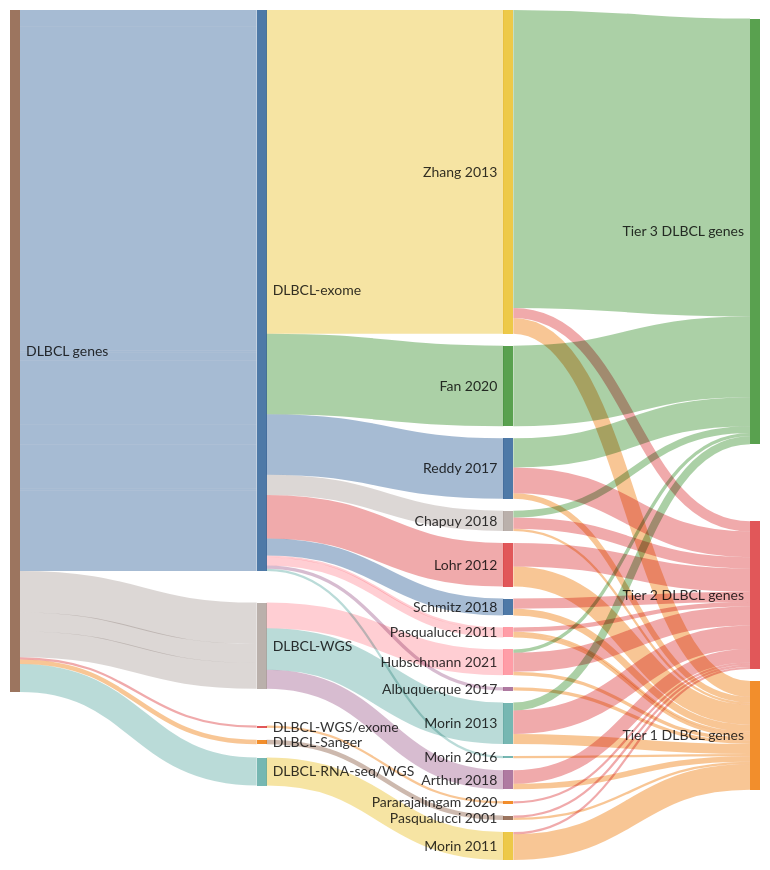
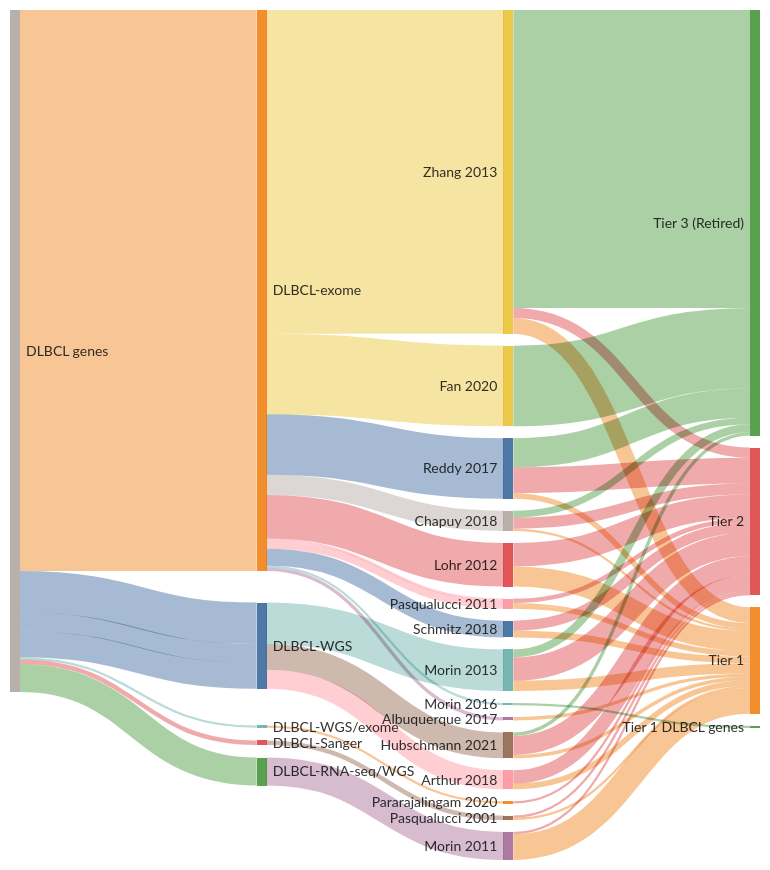
The diagram in DLBCL_genes.md (morinlab/lymphopedia), drawn with Mermaid before and after one commit.

````diff
--- a/DLBCL_genes.md
+++ b/DLBCL_genes.md
@@ -10,76 +10,76 @@
 ```mermaid
 ---
 config:
   sankey:
     showValues: false
     linkColor: target
     width: 750
     height: 850
     nodeAlignment: right
 ---
 sankey-beta
-Schmitz 2018, Tier 1 DLBCL genes, 6
-Schmitz 2018, Tier 2 DLBCL genes, 9
-Morin 2013, Tier 1 DLBCL genes, 9
-Morin 2013, Tier 2 DLBCL genes, 21
-Morin 2013, Tier 3 DLBCL genes, 7
-Zhang 2013, Tier 1 DLBCL genes, 14
-Zhang 2013, Tier 2 DLBCL genes, 9
-Zhang 2013, Tier 3 DLBCL genes, 266
-Albuquerque 2017, Tier 1 DLBCL genes, 3
-Pasqualucci 2011, Tier 1 DLBCL genes, 2
-Pasqualucci 2011, Tier 1 DLBCL genes, 3
-Pasqualucci 2011, Tier 2 DLBCL genes, 4
-Pasqualucci 2001, Tier 1 DLBCL genes, 2
-Pasqualucci 2001, Tier 2 DLBCL genes, 2
-Chapuy 2018, Tier 1 DLBCL genes, 2
-Chapuy 2018, Tier 2 DLBCL genes, 10
-Chapuy 2018, Tier 3 DLBCL genes, 6
-Reddy 2017, Tier 1 DLBCL genes, 5
-Reddy 2017, Tier 2 DLBCL genes, 23
-Reddy 2017, Tier 3 DLBCL genes, 26
-Pararajalingam 2020, Tier 2 DLBCL genes, 2
-Lohr 2012, Tier 1 DLBCL genes, 18
-Lohr 2012, Tier 2 DLBCL genes, 21
+Schmitz 2018, Tier 1, 6
+Schmitz 2018, Tier 2, 9
+Morin 2013, Tier 1, 9
+Morin 2013, Tier 2, 21
+Morin 2013, Tier 3 (Retired), 7
+Zhang 2013, Tier 1, 14
+Zhang 2013, Tier 2, 9
+Zhang 2013, Tier 3 (Retired), 266
+Albuquerque 2017, Tier 1, 3
+Pasqualucci 2011, Tier 1, 2
+Pasqualucci 2011, Tier 1, 3
+Pasqualucci 2011, Tier 2, 4
+Pasqualucci 2001, Tier 1, 2
+Pasqualucci 2001, Tier 2, 2
+Chapuy 2018, Tier 1, 2
+Chapuy 2018, Tier 2, 10
+Chapuy 2018, Tier 3 (Retired), 6
+Reddy 2017, Tier 1, 5
+Reddy 2017, Tier 2, 23
+Reddy 2017, Tier 3 (Retired), 26
+Pararajalingam 2020, Tier 2, 2
+Lohr 2012, Tier 1, 18
+Lohr 2012, Tier 2, 21
 Morin 2016, Tier 1 DLBCL genes, 2
-Fan 2020, Tier 3 DLBCL genes, 72
-Morin 2011, Tier 1 DLBCL genes, 23
-Morin 2011, Tier 2 DLBCL genes, 2
-Arthur 2018, Tier 1 DLBCL genes, 5
-Arthur 2018, Tier 2 DLBCL genes, 12
-Hubschmann 2021, Tier 1 DLBCL genes, 3
-Hubschmann 2021, Tier 2 DLBCL genes, 17
-Hubschmann 2021, Tier 3 DLBCL genes, 3
+Fan 2020, Tier 3 (Retired), 72
+Morin 2011, Tier 1, 23
+Morin 2011, Tier 2, 2
+Arthur 2018, Tier 1, 5
+Arthur 2018, Tier 2, 12
+Hubschmann 2021, Tier 1, 3
+Hubschmann 2021, Tier 2, 17
+Hubschmann 2021, Tier 3 (Retired), 3
 DLBCL genes, DLBCL-WGS, 37
 DLBCL-WGS, Morin 2013, 37
 DLBCL genes, DLBCL-exome, 15
 DLBCL-exome, Schmitz 2018, 15
 DLBCL genes, DLBCL-exome, 289
 DLBCL-exome, Zhang 2013, 289
 DLBCL genes, DLBCL-exome, 2
 DLBCL-exome, Pasqualucci 2011, 2
 DLBCL genes, DLBCL-exome, 7
 DLBCL-exome, Pasqualucci 2011, 7
 DLBCL genes, DLBCL-exome, 3
 DLBCL-exome, Albuquerque 2017, 3
 DLBCL genes, DLBCL-Sanger, 4
 DLBCL-Sanger, Pasqualucci 2001, 4
 DLBCL genes, DLBCL-WGS/exome, 2
 DLBCL-WGS/exome, Pararajalingam 2020, 2
 DLBCL genes, DLBCL-exome, 54
 DLBCL-exome, Reddy 2017, 54
 DLBCL genes, DLBCL-exome, 18
 DLBCL-exome, Chapuy 2018, 18
 DLBCL genes, DLBCL-exome, 39
 DLBCL-exome, Lohr 2012, 39
 DLBCL genes, DLBCL-exome, 2
 DLBCL-exome, Morin 2016, 2
 DLBCL genes, DLBCL-exome, 72
 DLBCL-exome, Fan 2020, 72
 DLBCL genes, DLBCL-RNA-seq/WGS, 25
 DLBCL-RNA-seq/WGS, Morin 2011, 25
 DLBCL genes, DLBCL-WGS, 17
 DLBCL-WGS, Arthur 2018, 17
 DLBCL genes, DLBCL-WGS, 23
 DLBCL-WGS, Hubschmann 2021, 23
 ```
````
